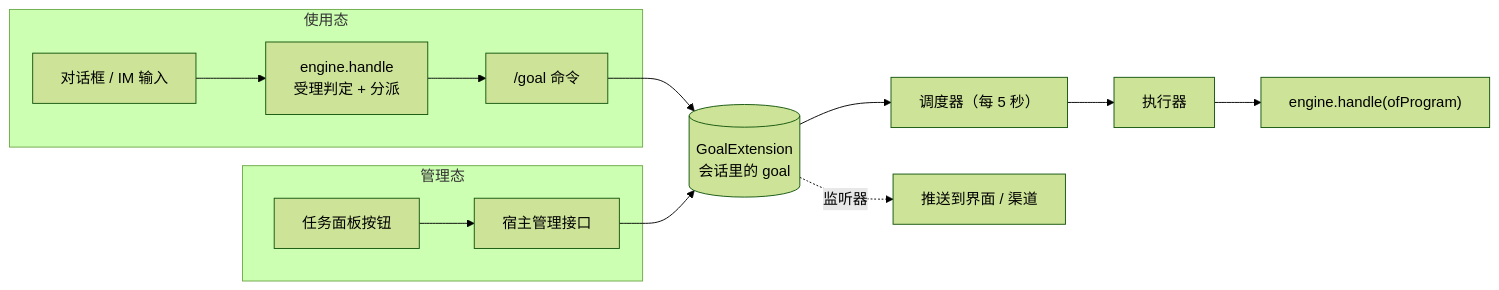
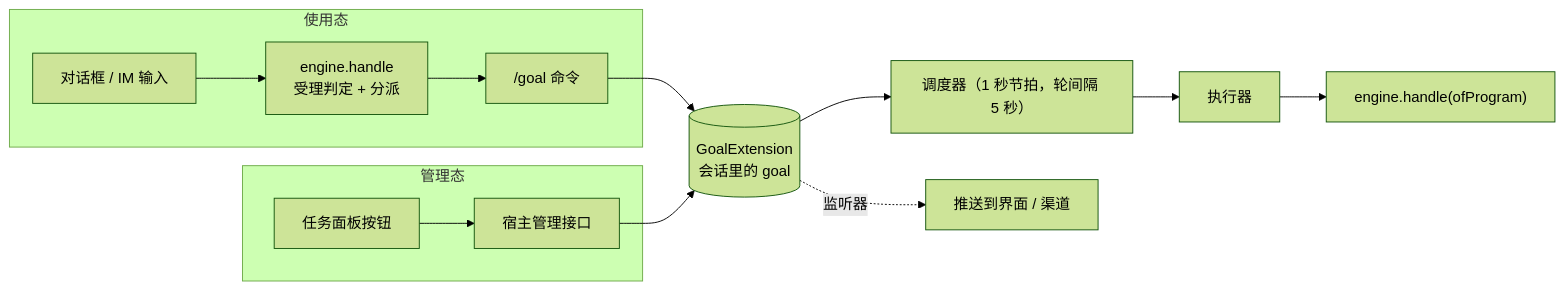
The second of 2 diagrams in solon-ai-harness-goal/README.md (opensolon/solon-ai), drawn with Mermaid (forest theme) before and after one commit. The commit also changed other lines of this file and 6 other files, not shown here.

````diff
--- a/solon-ai-harness-goal/README.md
+++ b/solon-ai-harness-goal/README.md
@@ -180,13 +180,13 @@
 ```mermaid
 flowchart LR
     subgraph 使用态
         U1["对话框 / IM 输入"] --> H["engine.handle<br/>受理判定 + 分派"] --> C["/goal 命令"]
     end
     subgraph 管理态
         U2["任务面板按钮"] --> API["宿主管理接口"]
     end
     C --> G[("GoalExtension<br/>会话里的 goal")]
     API --> G
-    G --> S["调度器（每 5 秒）"] --> E["执行器"] --> R["engine.handle(ofProgram)"]
+    G --> S["调度器（1 秒节拍，轮间隔 5 秒）"] --> E["执行器"] --> R["engine.handle(ofProgram)"]
     G -. 监听器 .-> P["推送到界面 / 渠道"]
 ```
````
